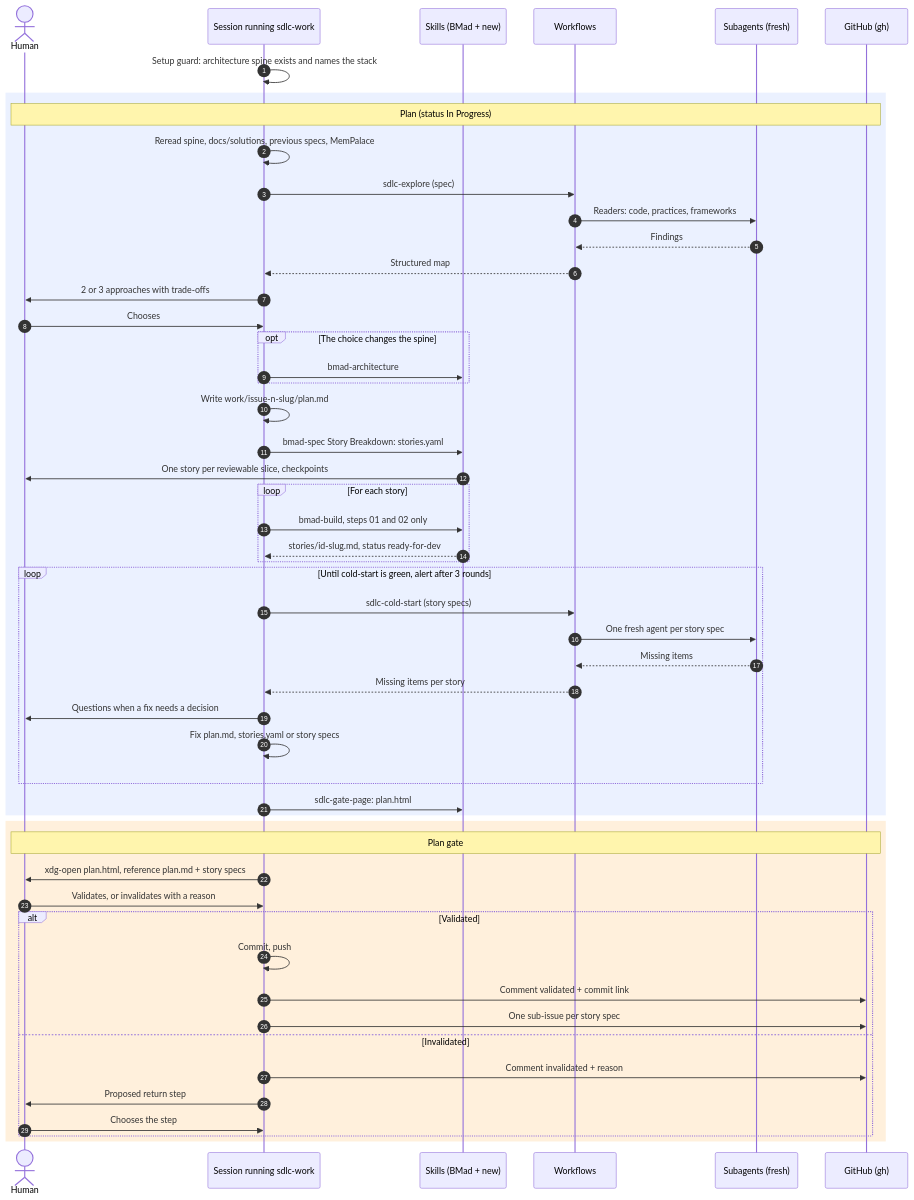
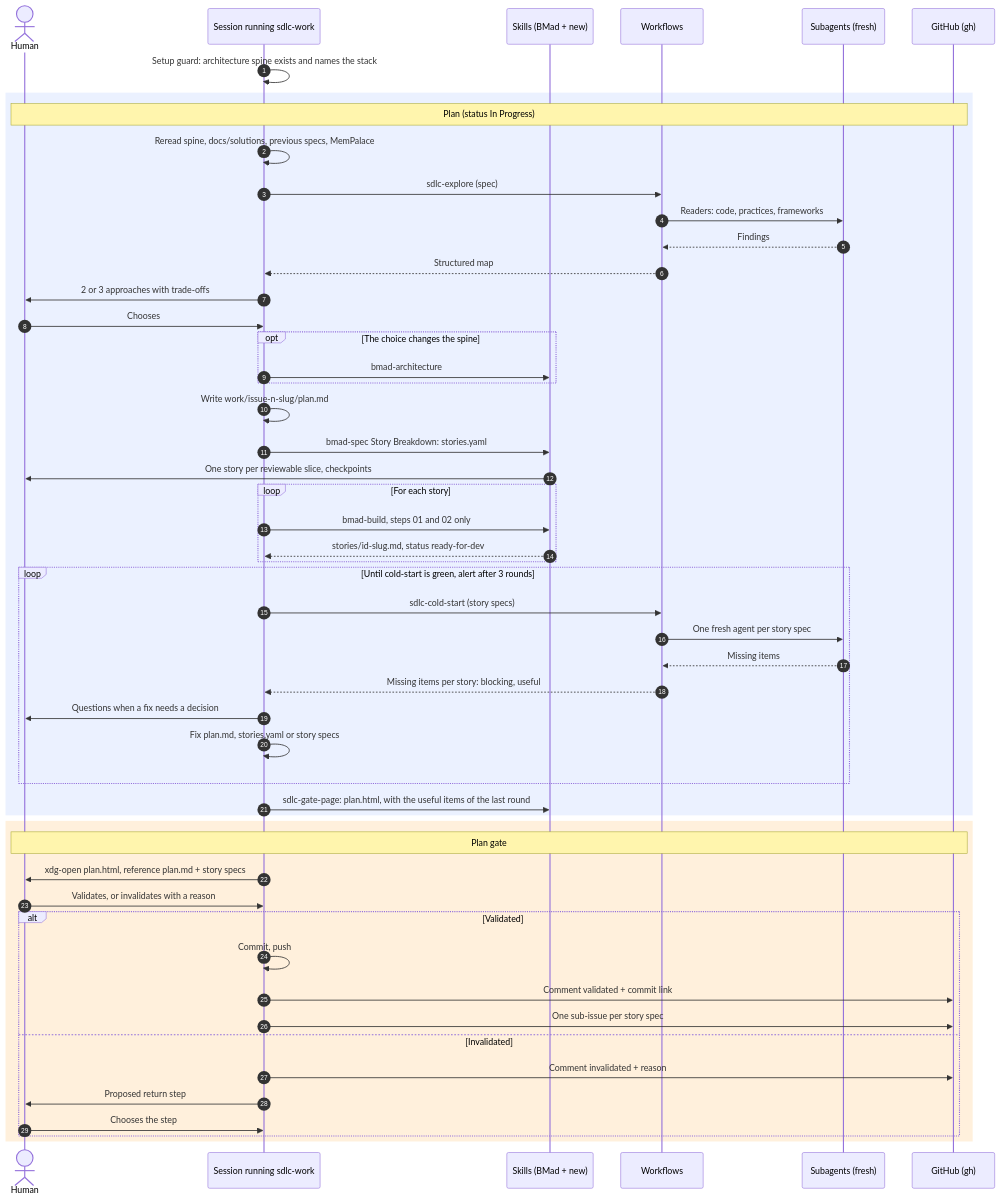
One commit to mathieubodin/scaleway-manager changed the third of 6 diagrams in docs/development-process.md. Above: the diagram before and after it, drawn with Mermaid. The commit also changed other lines of this file and 3 other files, not shown here.

````diff
--- a/docs/development-process.md
+++ b/docs/development-process.md
@@ -236,56 +236,56 @@
 ```mermaid
 sequenceDiagram
     autonumber
     actor H as Human
     participant W as Session running sdlc-work
     participant K as Skills (BMad + new)
     participant F as Workflows
     participant A as Subagents (fresh)
     participant G as GitHub (gh)
 
     W->>W: Setup guard: architecture spine exists and names the stack
     rect rgba(120, 160, 255, 0.15)
     Note over H,G: Plan (status In Progress)
     W->>W: Reread spine, docs/solutions, previous specs, MemPalace
     W->>F: sdlc-explore (spec)
     F->>A: Readers: code, practices, frameworks
     A-->>F: Findings
     F-->>W: Structured map
     W->>H: 2 or 3 approaches with trade-offs
     H->>W: Chooses
     opt The choice changes the spine
         W->>K: bmad-architecture
     end
     W->>W: Write work/issue-n-slug/plan.md
     W->>K: bmad-spec Story Breakdown: stories.yaml
     K->>H: One story per reviewable slice, checkpoints
     loop For each story
         W->>K: bmad-build, steps 01 and 02 only
         K-->>W: stories/id-slug.md, status ready-for-dev
     end
     loop Until cold-start is green, alert after 3 rounds
         W->>F: sdlc-cold-start (story specs)
         F->>A: One fresh agent per story spec
         A-->>F: Missing items
-        F-->>W: Missing items per story
+        F-->>W: Missing items per story: blocking, useful
         W->>H: Questions when a fix needs a decision
         W->>W: Fix plan.md, stories.yaml or story specs
     end
-    W->>K: sdlc-gate-page: plan.html
+    W->>K: sdlc-gate-page: plan.html, with the useful items of the last round
     end
 
     rect rgba(255, 180, 80, 0.2)
     Note over H,G: Plan gate
     W->>H: xdg-open plan.html, reference plan.md + story specs
     H->>W: Validates, or invalidates with a reason
     alt Validated
         W->>W: Commit, push
         W->>G: Comment validated + commit link
         W->>G: One sub-issue per story spec
     else Invalidated
         W->>G: Comment invalidated + reason
         W->>H: Proposed return step
         H->>W: Chooses the step
     end
     end
 ```
````
